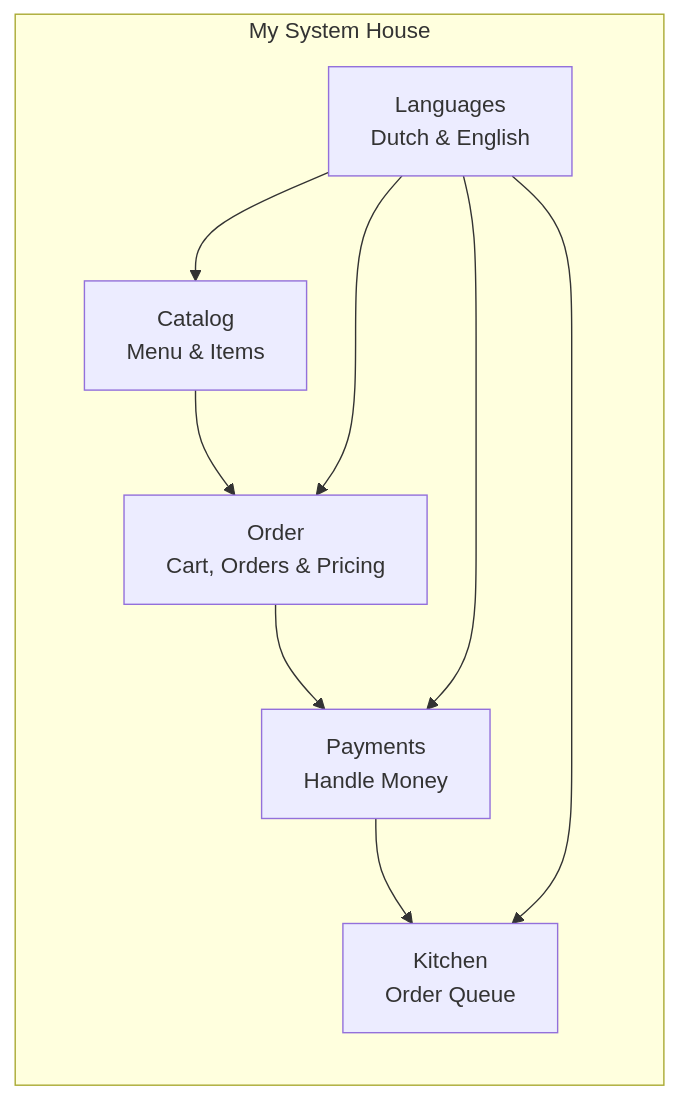
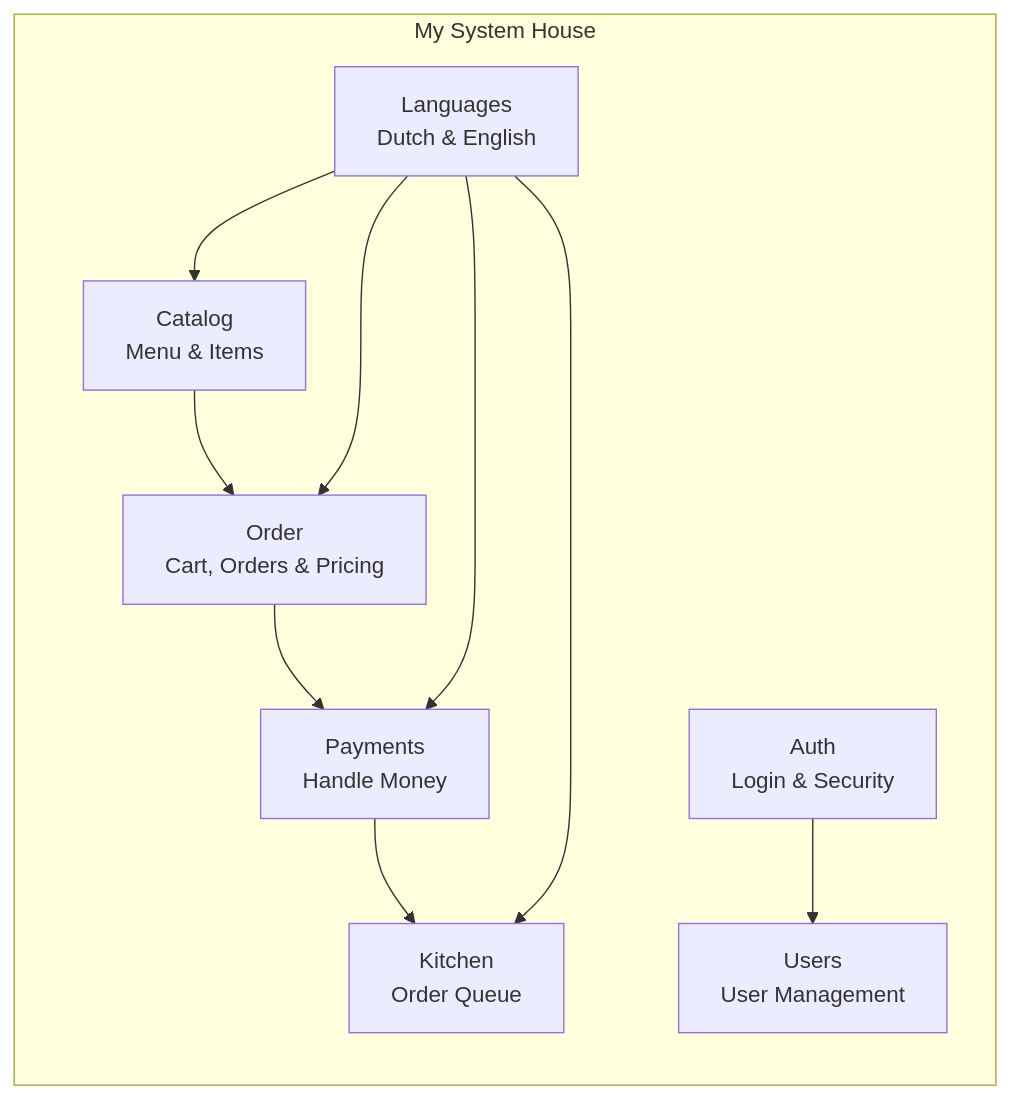
One commit to Sporidis/frituur-ordering-system changed the second of 12 diagrams in docs/TECHNICAL_DESIGN.md. Above: the diagram before and after it, drawn with Mermaid. The commit also changed other lines of this file and 5 other files, not shown here.

````diff
--- a/docs/TECHNICAL_DESIGN.md
+++ b/docs/TECHNICAL_DESIGN.md
@@ -62,18 +62,21 @@
 ```mermaid
 graph LR
     subgraph "My System House"
         A[Catalog<br/>Menu & Items]
         B[Order<br/>Cart, Orders & Pricing]
         D[Payments<br/>Handle Money]
         E[Kitchen<br/>Order Queue]
         F[Languages<br/>Dutch & English]
+        G[Auth<br/>Login & Security]
+        H[Users<br/>User Management]
     end
     
     A --> B
     B --> D
     D --> E
     F --> A
     F --> B
     F --> D
     F --> E
+    G --> H
 ```
````
